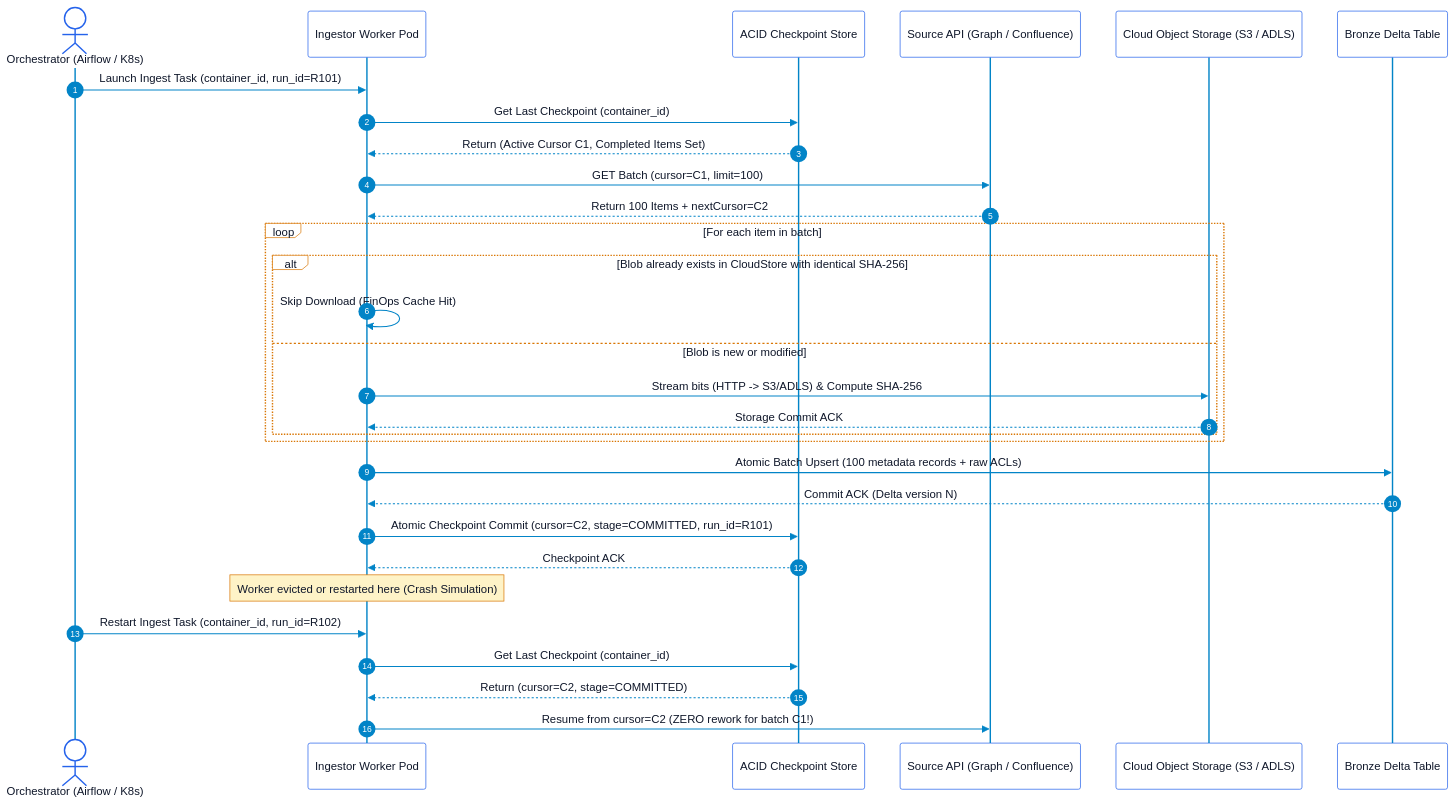
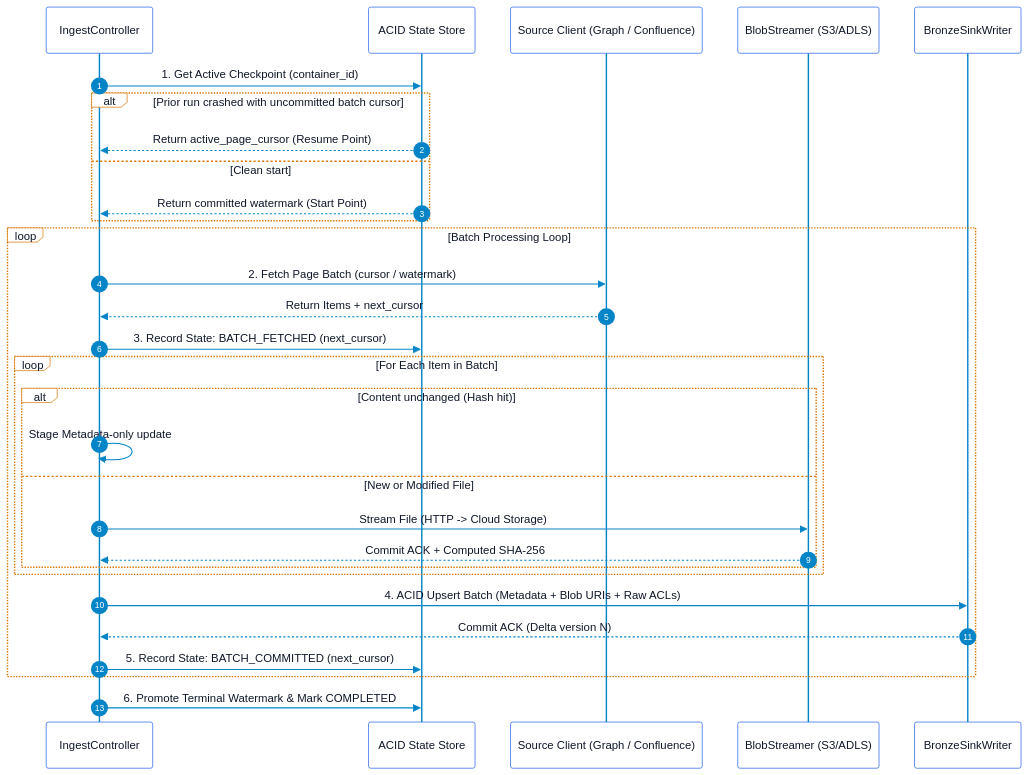
One commit to toanbui626391/document_ingestors changed the second of 2 diagrams in docs/architectures/README.md. Above: the diagram before and after it, drawn with Mermaid. The commit also changed other lines of this file and 2 other files, not shown here.

````diff
--- a/docs/architectures/README.md
+++ b/docs/architectures/README.md
@@ -108,65 +105,64 @@
 ```mermaid
 %%{init: {
   'theme': 'base',
   'themeVariables': {
     'primaryColor': '#ffffff',
     'primaryTextColor': '#0f172a',
     'primaryBorderColor': '#2563eb',
     'lineColor': '#0284c7',
     'secondaryColor': '#f8fafc',
     'tertiaryColor': '#ffffff',
     'activationBorderColor': '#2563eb',
     'activationBkgColor': '#e0f2fe',
     'sequenceNumberColor': '#ffffff',
     'actorBkg': '#ffffff',
     'actorBorder': '#2563eb',
     'actorTextColor': '#0f172a',
     'actorLineColor': '#0284c7',
     'signalColor': '#0284c7',
     'signalTextColor': '#0f172a',
     'labelBoxBkgColor': '#ffffff',
     'labelBoxBorderColor': '#d97706',
     'labelTextColor': '#0f172a',
     'loopTextColor': '#0f172a',
     'noteBkgColor': '#fef3c7',
     'noteBorderColor': '#d97706',
     'noteTextColor': '#0f172a'
   }
 }}%%
 sequenceDiagram
     autonumber
-    actor Scheduler as Orchestrator (Airflow / K8s)
-    participant Worker as Ingestor Worker Pod
-    participant StateDB as ACID Checkpoint Store
-    participant Source as Source API (Graph / Confluence)
-    participant CloudStore as Cloud Object Storage (S3 / ADLS)
-    participant Bronze as Bronze Delta Table
+    participant Ctrl as IngestController
+    participant StateDB as ACID State Store
+    participant Src as Source Client (Graph / Confluence)
+    participant Blob as BlobStreamer (S3/ADLS)
+    participant Bronze as BronzeSinkWriter
 
-    Scheduler->>Worker: Launch Ingest Task (container_id, run_id=R101)
-    Worker->>StateDB: Get Last Checkpoint (container_id)
-    StateDB-->>Worker: Return (Active Cursor C1, Completed Items Set)
-
-    Worker->>Source: GET Batch (cursor=C1, limit=100)
-    Source-->>Worker: Return 100 Items + nextCursor=C2
-
-    loop For each item in batch
-        alt Blob already exists in CloudStore with identical SHA-256
-            Worker->>Worker: Skip Download (FinOps Cache Hit)
-        else Blob is new or modified
-            Worker->>CloudStore: Stream bits (HTTP -> S3/ADLS) & Compute SHA-256
-            CloudStore-->>Worker: Storage Commit ACK
-        end
+    Ctrl->>StateDB: 1. Get Active Checkpoint (container_id)
+    alt Prior run crashed with uncommitted batch cursor
+        StateDB-->>Ctrl: Return active_page_cursor (Resume Point)
+    else Clean start
+        StateDB-->>Ctrl: Return committed watermark (Start Point)
     end
 
-    Worker->>Bronze: Atomic Batch Upsert (100 metadata records + raw ACLs)
-    Bronze-->>Worker: Commit ACK (Delta version N)
+    loop Batch Processing Loop
+        Ctrl->>Src: 2. Fetch Page Batch (cursor / watermark)
+        Src-->>Ctrl: Return Items + next_cursor
+        Ctrl->>StateDB: 3. Record State: BATCH_FETCHED (next_cursor)
 
-    Worker->>StateDB: Atomic Checkpoint Commit (cursor=C2, stage=COMMITTED, run_id=R101)
-    StateDB-->>Worker: Checkpoint ACK
+        loop For Each Item in Batch
+            alt Content unchanged (Hash hit)
+                Ctrl->>Ctrl: Stage Metadata-only update
+            else New or Modified File
+                Ctrl->>Blob: Stream File (HTTP -> Cloud Storage)
+                Blob-->>Ctrl: Commit ACK + Computed SHA-256
+            end
+        end
 
-    note over Worker: Worker evicted or restarted here (Crash Simulation)
-    Scheduler->>Worker: Restart Ingest Task (container_id, run_id=R102)
-    Worker->>StateDB: Get Last Checkpoint (container_id)
-    StateDB-->>Worker: Return (cursor=C2, stage=COMMITTED)
-    Worker->>Source: Resume from cursor=C2 (ZERO rework for batch C1!)
+        Ctrl->>Bronze: 4. ACID Upsert Batch (Metadata + Blob URIs + Raw ACLs)
+        Bronze-->>Ctrl: Commit ACK (Delta version N)
+        Ctrl->>StateDB: 5. Record State: BATCH_COMMITTED (next_cursor)
+    end
+
+    Ctrl->>StateDB: 6. Promote Terminal Watermark & Mark COMPLETED
 ```
````
